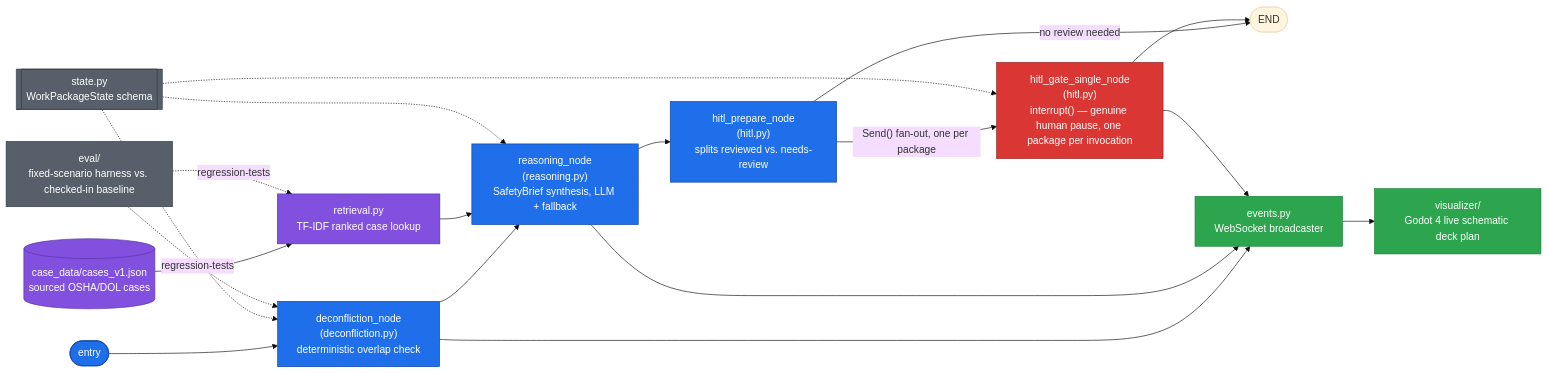
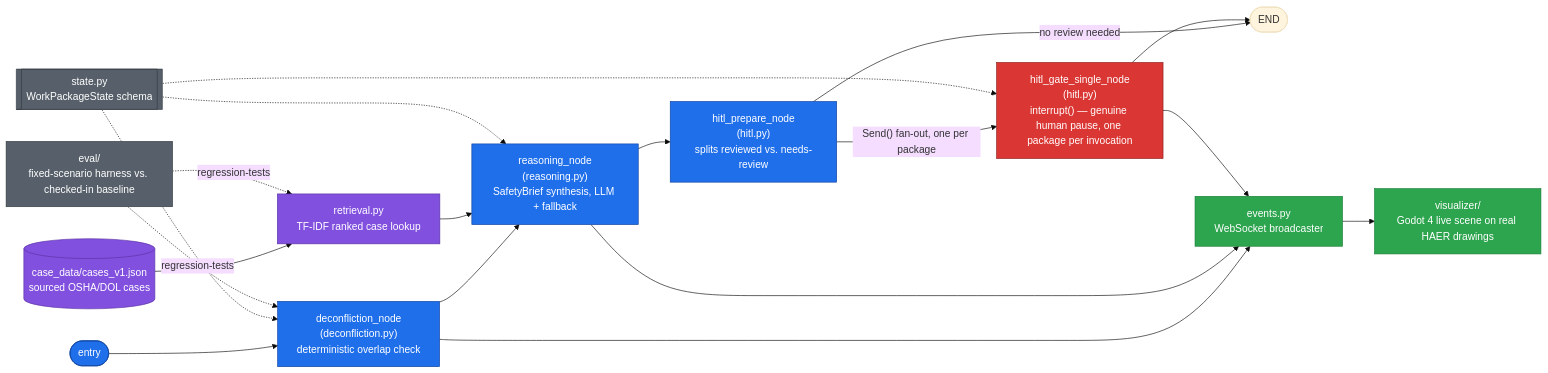
One commit to COSMOAGNOSTIC/Watchstander changed the diagram in README.md. Above: the diagram before and after it, drawn with Mermaid (base theme). The commit also changed other lines of this file and 2 other files, not shown here.

````diff
--- a/README.md
+++ b/README.md
@@ -22,37 +22,37 @@
 ```mermaid
 flowchart LR
     classDef core fill:#1f6feb,stroke:#0d419d,color:#fff,stroke-width:1px
     classDef gate fill:#da3633,stroke:#8e1c1a,color:#fff,stroke-width:1px
     classDef data fill:#8250df,stroke:#5a32a3,color:#fff,stroke-width:1px
     classDef live fill:#2da44e,stroke:#1a7f37,color:#fff,stroke-width:1px
     classDef schema fill:#57606a,stroke:#32383f,color:#fff,stroke-width:1px
 
     Entry(["entry"]) --> Deconf["deconfliction_node<br/>(deconfliction.py)<br/>deterministic overlap check"]
     Deconf --> Reason["reasoning_node<br/>(reasoning.py)<br/>SafetyBrief synthesis, LLM + fallback"]
     Reason --> HitlPrep["hitl_prepare_node<br/>(hitl.py)<br/>splits reviewed vs. needs-review"]
     HitlPrep -->|"no review needed"| End(["END"])
     HitlPrep -->|"Send() fan-out, one per package"| Hitl["hitl_gate_single_node<br/>(hitl.py)<br/>interrupt() — genuine human pause, one package per invocation"]
     Hitl --> End
 
     class Entry,Deconf,Reason,HitlPrep core
     class Hitl gate
 
     CaseData[("case_data/cases_v1.json<br/>sourced OSHA/DOL cases")] --> Retrieval["retrieval.py<br/>TF-IDF ranked case lookup"]
     Retrieval --> Reason
     class CaseData,Retrieval data
 
     State[["state.py<br/>WorkPackageState schema"]] -.-> Deconf
     State -.-> Reason
     State -.-> Hitl
     class State schema
 
     Deconf --> Events["events.py<br/>WebSocket broadcaster"]
     Reason --> Events
     Hitl --> Events
-    Events --> Viz["visualizer/<br/>Godot 4 live schematic deck plan"]
+    Events --> Viz["visualizer/<br/>Godot 4 live scene on real HAER drawings"]
     class Events,Viz live
 
     Eval["eval/<br/>fixed-scenario harness vs. checked-in baseline"] -.->|"regression-tests"| Deconf
     Eval -.->|"regression-tests"| Retrieval
     class Eval schema
 ```
````
